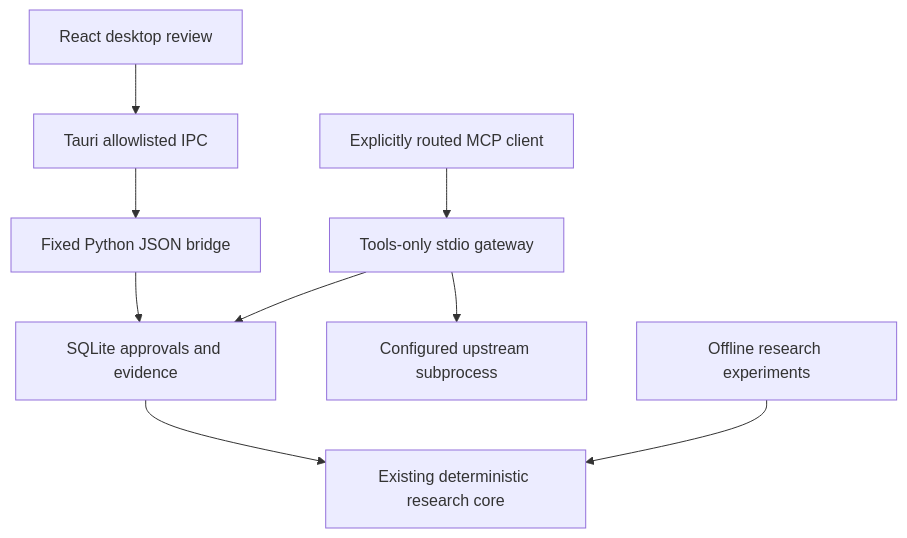
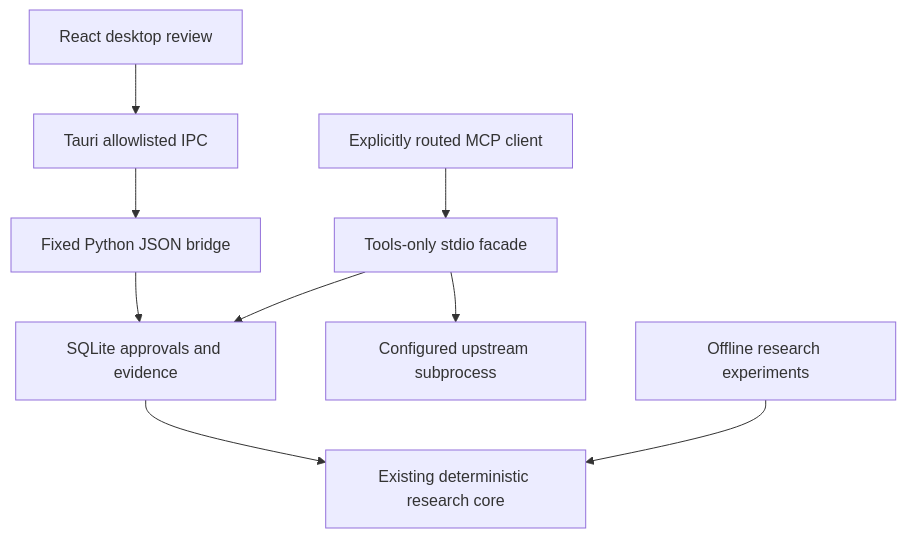
Before and after one commit to parthdongre/mcp-driftguard: the diagram in docs/ARCHITECTURE.md, drawn with Mermaid. The commit also changed other lines of this file and 10 other files, not shown here.

````diff
--- a/docs/ARCHITECTURE.md
+++ b/docs/ARCHITECTURE.md
@@ -8,11 +8,11 @@
 ```mermaid
 flowchart TD
   UI["React desktop review"] --> R["Tauri allowlisted IPC"]
   R --> B["Fixed Python JSON bridge"]
   B --> DB["SQLite approvals and evidence"]
-  C["Explicitly routed MCP client"] --> G["Tools-only stdio gateway"]
+  C["Explicitly routed MCP client"] --> G["Tools-only stdio facade"]
   G --> DB
   G --> S["Configured upstream subprocess"]
   DB --> E["Existing deterministic research core"]
   X["Offline research experiments"] --> E
 ```
````
